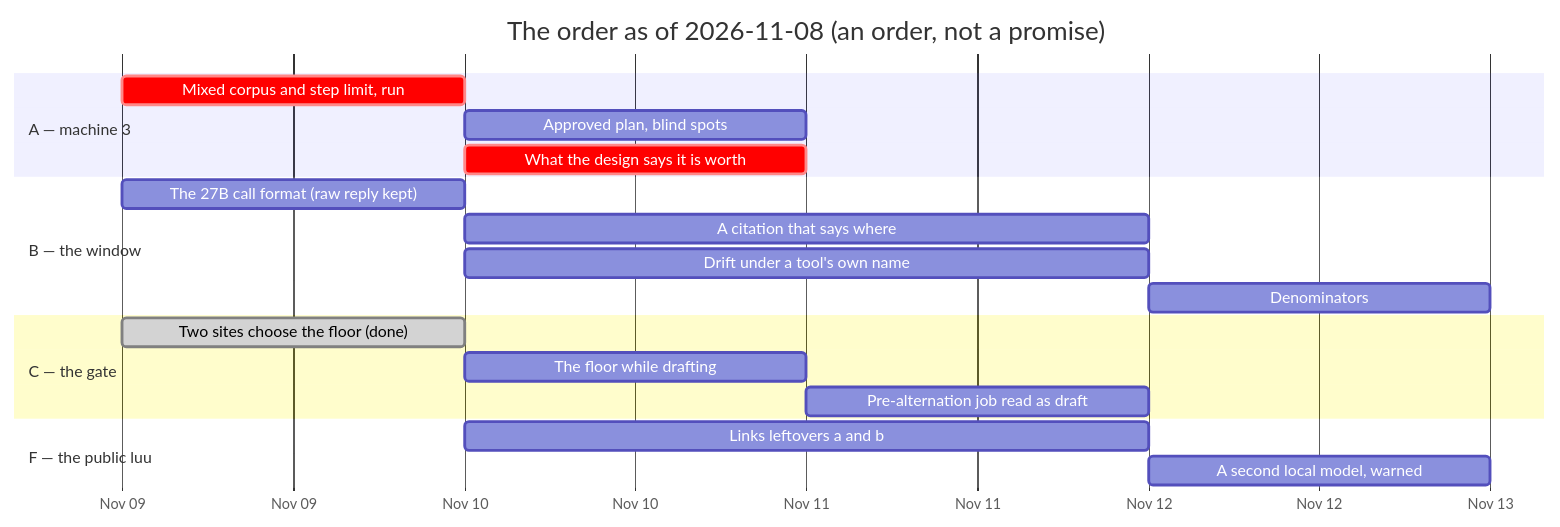
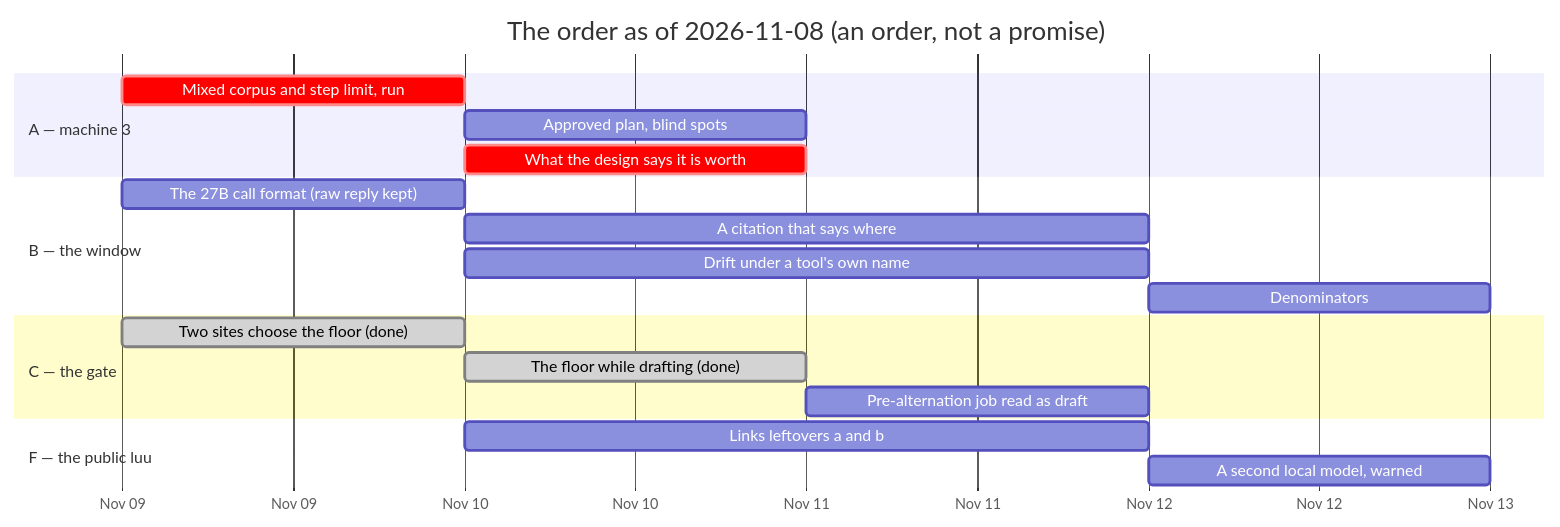
Before and after one commit to jgermade/luu: the diagram in ROADMAP/2026-11-08/README.md, drawn with Mermaid. The commit also changed other lines of this file and 4 other files, not shown here.

````diff
--- a/ROADMAP/2026-11-08/README.md
+++ b/ROADMAP/2026-11-08/README.md
@@ -161,22 +161,22 @@
 ```mermaid
 gantt
     title The order as of 2026-11-08 (an order, not a promise)
     dateFormat YYYY-MM-DD
     axisFormat %b %d
     section A — machine 3
     Mixed corpus and step limit, run       :crit, run, 2026-11-09, 1d
     Approved plan, blind spots             :appr, after run, 1d
     What the design says it is worth       :crit, claim, after run, 1d
     section B — the window
     The 27B call format (raw reply kept)   :fmt, 2026-11-09, 1d
     A citation that says where             :ptr, after run, 2d
     Drift under a tool's own name          :drift, after fmt, 2d
     Denominators                           :tally, after drift, 1d
     section C — the gate
     Two sites choose the floor (done)      :done, sites, 2026-11-09, 1d
-    The floor while drafting               :floor, after sites, 1d
+    The floor while drafting (done)        :done, floor, after sites, 1d
     Pre-alternation job read as draft      :prealt, after floor, 1d
     section F — the public luu
     Links leftovers a and b                :links, 2026-11-10, 2d
     A second local model, warned           :mem, after links, 1d
 ```
````
